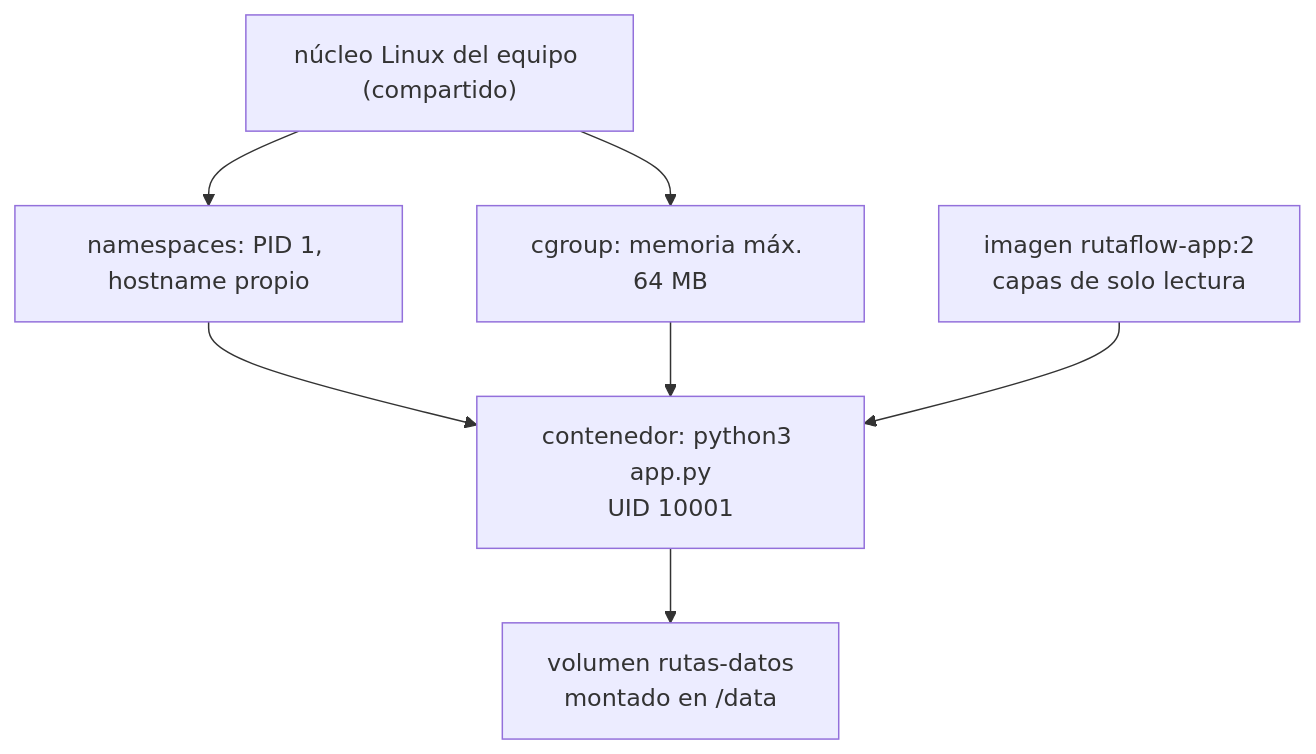
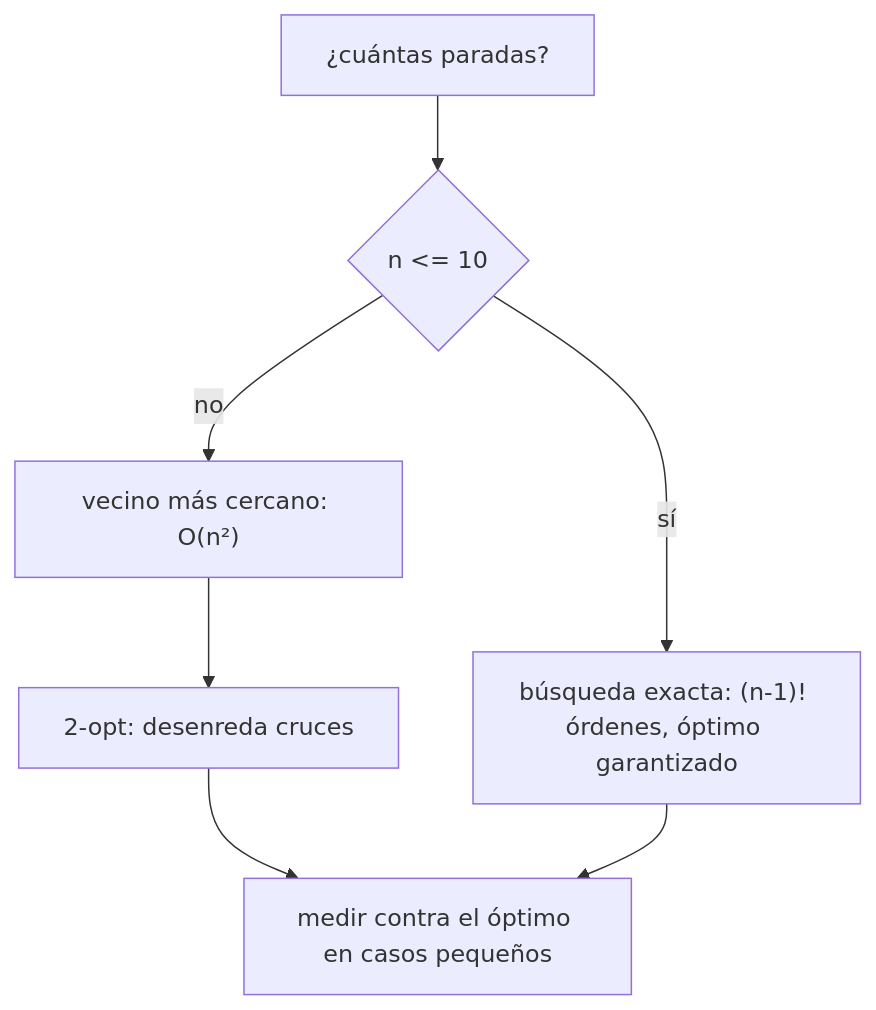
Before and after one commit to NICORUIZ93/The_Imperial_Book: the fifth of 5 diagrams in web/public/content/foundations/modulo-8.md, drawn with Mermaid. The commit also changed other lines of this file and 305 other files, not shown here.

````diff
--- a/web/public/content/foundations/modulo-8.md
+++ b/web/public/content/foundations/modulo-8.md
@@ -1298,10 +1695,9 @@
 ```mermaid
-flowchart TB
-    KERNEL["núcleo Linux del equipo (compartido)"]
-    KERNEL --> NS["namespaces: PID 1, hostname propio"]
-    KERNEL --> CG["cgroup: memoria máx. 64 MB"]
-    NS --> C1["contenedor: python3 app.py<br/>UID 10001"]
-    CG --> C1
-    IMG["imagen rutaflow-app:2<br/>capas de solo lectura"] --> C1
-    C1 --> VOL["volumen rutas-datos<br/>montado en /data"]
+flowchart TD
+    Q["¿cuántas paradas?"] --> S{"n <= 10"}
+    S -- sí --> E["búsqueda exacta: (n-1)! órdenes, óptimo garantizado"]
+    S -- no --> H["vecino más cercano: O(n²)"]
+    H --> O["2-opt: desenreda cruces"]
+    O --> M["medir contra el óptimo en casos pequeños"]
+    E --> M
 ```
````
